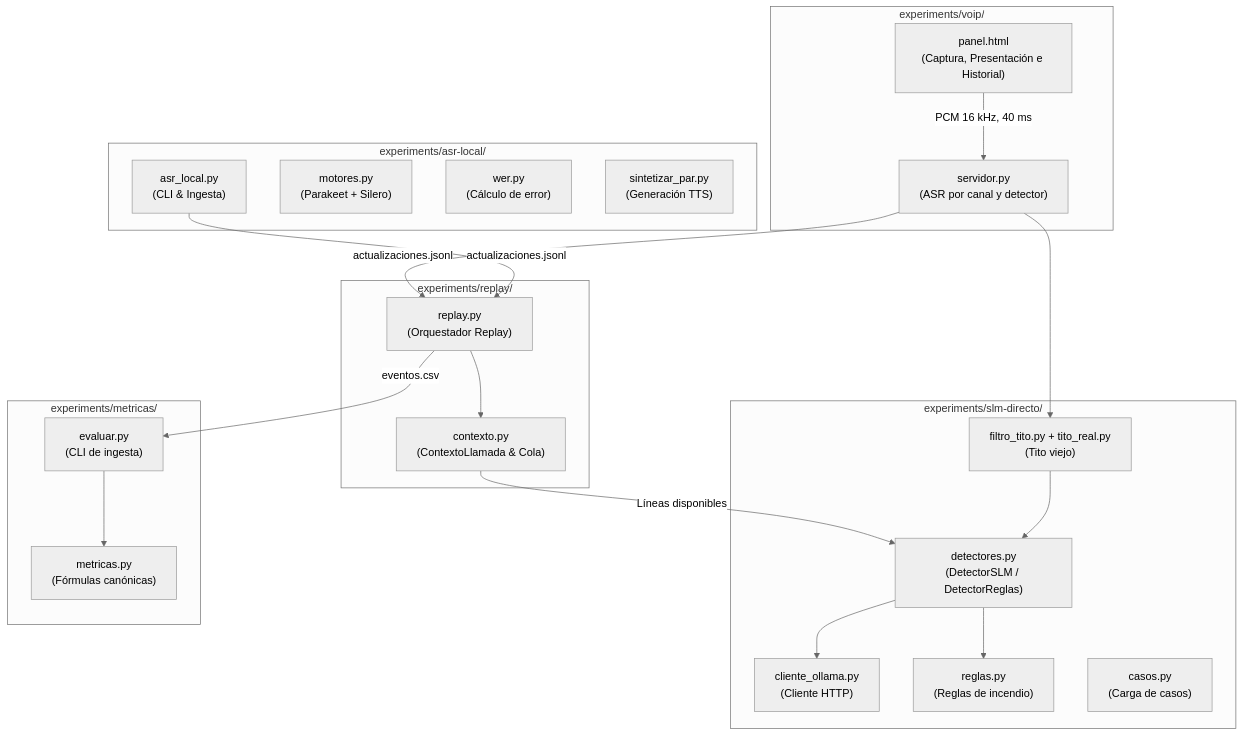
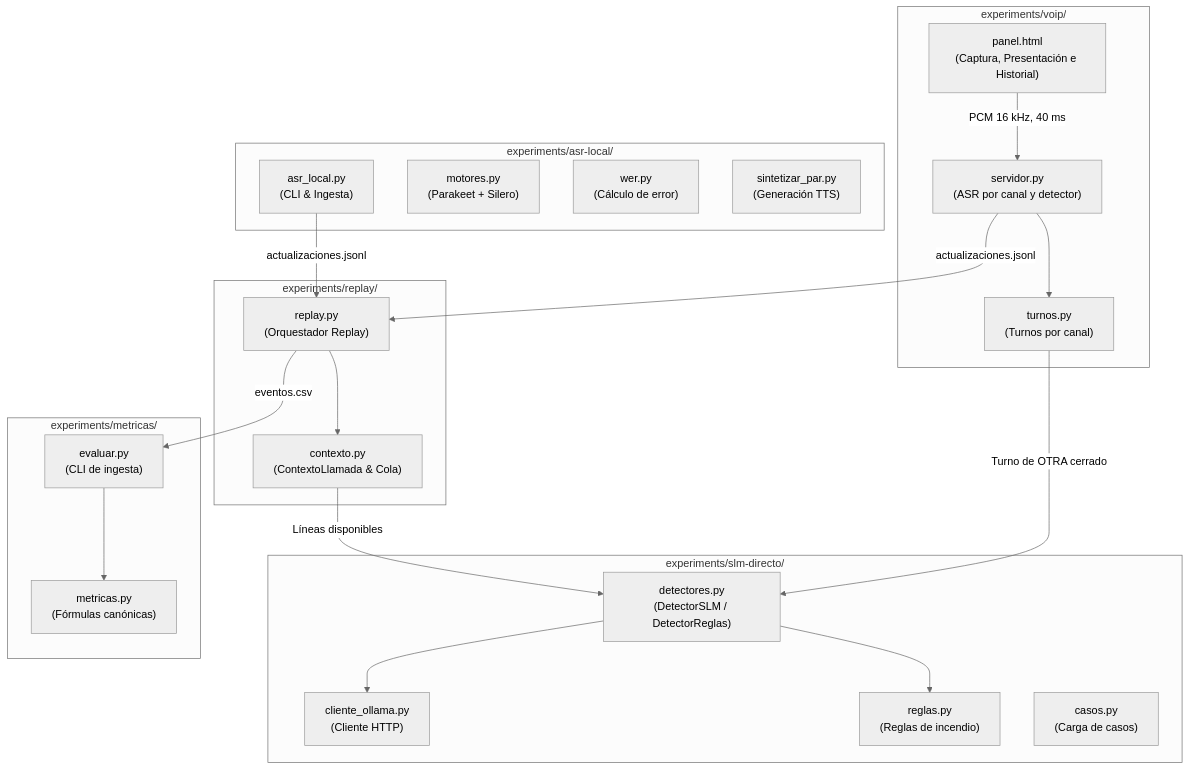
One commit to Corchets/bitacora_tesis changed the diagram in docs/tesis/CAP-06-IMPLEMENTACION.md. Above: the diagram before and after it, drawn with Mermaid (neutral theme). The commit also changed other lines of this file and 19 other files, not shown here.

````diff
--- a/docs/tesis/CAP-06-IMPLEMENTACION.md
+++ b/docs/tesis/CAP-06-IMPLEMENTACION.md
@@ -40,44 +38,44 @@
 ```mermaid
 flowchart TD
     subgraph ASR["experiments/asr-local/"]
         AL["asr_local.py<br/>(CLI & Ingesta)"]
         MOT["motores.py<br/>(Parakeet + Silero)"]
         WER["wer.py<br/>(Cálculo de error)"]
         TTS["sintetizar_par.py<br/>(Generación TTS)"]
     end
 
     subgraph VOIP["experiments/voip/"]
         SRV["servidor.py<br/>(ASR por canal y detector)"]
         PAN["panel.html<br/>(Captura, Presentación e Historial)"]
+        TUR["turnos.py<br/>(Turnos por canal)"]
     end
 
     subgraph REPLAY["experiments/replay/"]
         RP["replay.py<br/>(Orquestador Replay)"]
         CTX["contexto.py<br/>(ContextoLlamada & Cola)"]
     end
 
     subgraph SLM["experiments/slm-directo/"]
         DET["detectores.py<br/>(DetectorSLM / DetectorReglas)"]
-        TIT["filtro_tito.py + tito_real.py<br/>(Tito viejo)"]
         OLL["cliente_ollama.py<br/>(Cliente HTTP)"]
         REG["reglas.py<br/>(Reglas de incendio)"]
         CAS["casos.py<br/>(Carga de casos)"]
     end
 
     subgraph METRICAS["experiments/metricas/"]
         MET["metricas.py<br/>(Fórmulas canónicas)"]
         EVA["evaluar.py<br/>(CLI de ingesta)"]
     end
 
     AL -->|"actualizaciones.jsonl"| RP
     PAN -->|"PCM 16 kHz, 40 ms"| SRV
     SRV -->|"actualizaciones.jsonl"| RP
-    SRV --> TIT
-    TIT --> DET
+    SRV --> TUR
+    TUR -->|"Turno de OTRA cerrado"| DET
     RP --> CTX
     CTX -->|"Líneas disponibles"| DET
     DET --> OLL
     DET --> REG
     RP -->|"eventos.csv"| EVA
     EVA --> MET
 ```
````
